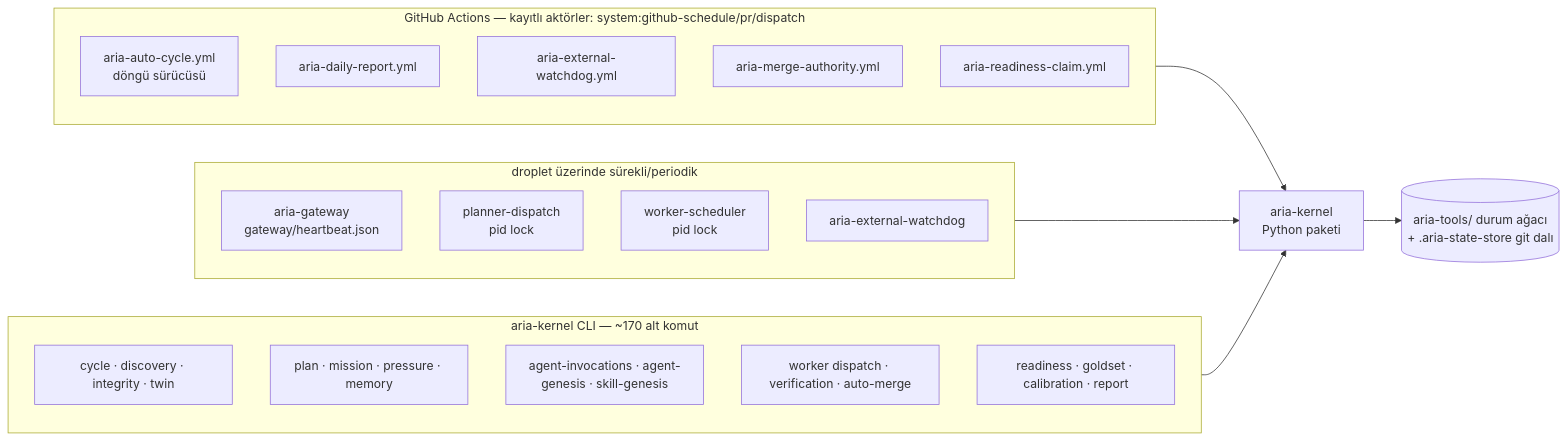
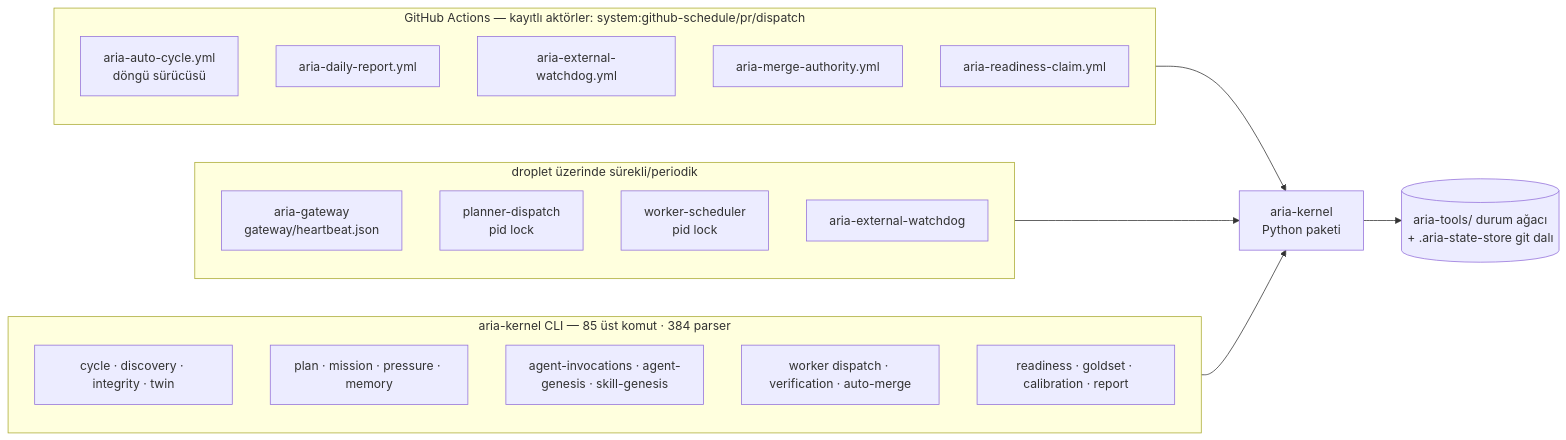
Before and after one commit to Okan-wqm/aquaculture_platform: the eighth of 25 diagrams in ARIA-MIMARI-SEMALARI.md, drawn with Mermaid. The commit also changed other lines of this file and 14 other files, not shown here.

````diff
--- a/ARIA-MIMARI-SEMALARI.md
+++ b/ARIA-MIMARI-SEMALARI.md
@@ -325,25 +325,25 @@
 ```mermaid
 flowchart LR
     subgraph GHA[GitHub Actions — kayıtlı aktörler: system:github-schedule/pr/dispatch]
         G1[aria-auto-cycle.yml<br/>döngü sürücüsü]
         G2[aria-daily-report.yml]
         G3[aria-external-watchdog.yml]
         G4[aria-merge-authority.yml]
         G5[aria-readiness-claim.yml]
     end
     subgraph DRO[droplet üzerinde sürekli/periodik]
         DA1[aria-gateway<br/>gateway/heartbeat.json]
         DA2[planner-dispatch<br/>pid lock]
         DA3[worker-scheduler<br/>pid lock]
         DA4[aria-external-watchdog]
     end
-    subgraph CLI[aria-kernel CLI — ~170 alt komut]
+    subgraph CLI[aria-kernel CLI — 85 üst komut · 384 parser]
         C1[cycle · discovery · integrity · twin]
         C2[plan · mission · pressure · memory]
         C3[agent-invocations · agent-genesis · skill-genesis]
         C4[worker dispatch · verification · auto-merge]
         C5[readiness · goldset · calibration · report]
     end
     GHA & DRO & CLI --> AK[aria-kernel<br/>Python paketi]
     AK --> AT[(aria-tools/ durum ağacı<br/>+ .aria-state-store git dalı)]
 ```
````
